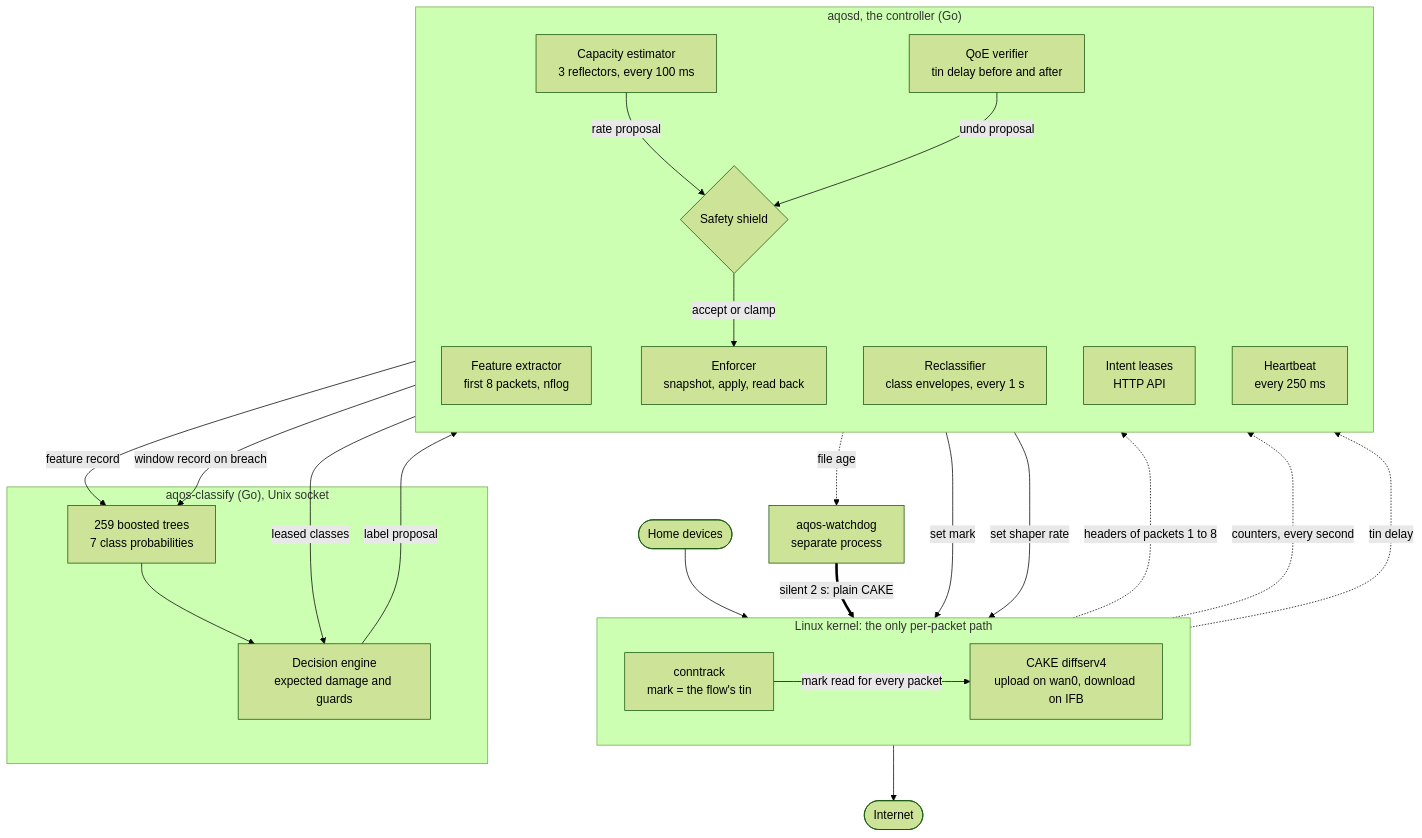
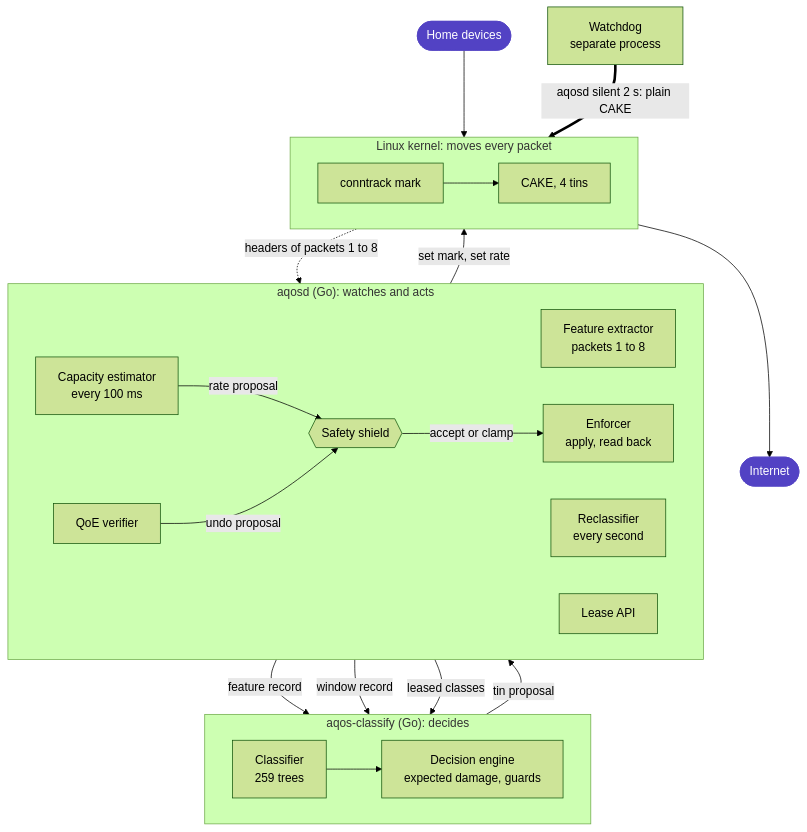
One commit to shreyashsri79/AQoSE-Adaptive-Quality-of-Service-Engine- changed the diagram in reports/paper/diagrams/architecture.mmd. Above: the diagram before and after it, drawn with Mermaid (forest theme). The commit also changed 21 other files, not shown here.

```diff
--- a/reports/paper/diagrams/architecture.mmd
+++ b/reports/paper/diagrams/architecture.mmd
@@ -1,41 +1,35 @@
 flowchart TB
-    LAN(["Home devices"])
-    WAN(["Internet"])
-    subgraph KERNEL["Linux kernel: the only per-packet path"]
+    DEV(["Home devices"])
+    subgraph SVC["aqos-classify (Go): decides"]
         direction LR
-        CT["conntrack<br/>mark = the flow's tin"]
-        CAKE["CAKE diffserv4<br/>upload on wan0, download on IFB"]
+        CLS["Classifier<br/>259 trees"] --> DEC["Decision engine<br/>expected damage, guards"]
     end
-    subgraph AQOSD["aqosd, the controller (Go)"]
-        direction TB
-        EXT["Feature extractor<br/>first 8 packets, nflog"]
-        REC["Reclassifier<br/>class envelopes, every 1 s"]
-        CAP["Capacity estimator<br/>3 reflectors, every 100 ms"]
-        INT["Intent leases<br/>HTTP API"]
-        VER["QoE verifier<br/>tin delay before and after"]
-        SH{"Safety shield"}
-        ENF["Enforcer<br/>snapshot, apply, read back"]
-        HB["Heartbeat<br/>every 250 ms"]
+    subgraph CTRL["aqosd (Go): watches and acts"]
+        direction LR
+        EXT["Feature extractor<br/>packets 1 to 8"]
+        REC["Reclassifier<br/>every second"]
+        INT["Lease API"]
+        CAP["Capacity estimator<br/>every 100 ms"]
+        VER["QoE verifier"]
+        SH{{"Safety shield"}}
+        ENF["Enforcer<br/>apply, read back"]
     end
-    subgraph SVC["aqos-classify (Go), Unix socket"]
-        CLS["259 boosted trees<br/>7 class probabilities"]
-        DEC["Decision engine<br/>expected damage and guards"]
+    subgraph KER["Linux kernel: moves every packet"]
+        direction LR
+        CT["conntrack mark"] --> CAKE["CAKE, 4 tins"]
     end
-    WD["aqos-watchdog<br/>separate process"]
-    LAN --> CAKE --> WAN
-    CT -->|"mark read for every packet"| CAKE
+    NET(["Internet"])
+    WD["Watchdog<br/>separate process"]
+    DEV --> CAKE --> NET
     CAKE -.->|"headers of packets 1 to 8"| EXT
-    CT -.->|"counters, every second"| REC
     EXT -->|"feature record"| CLS
-    REC -->|"window record on breach"| CLS
-    CLS --> DEC
+    REC -->|"window record"| CLS
     INT -->|"leased classes"| DEC
-    DEC -->|"label proposal"| SH
+    DEC -->|"tin proposal"| SH
     CAP -->|"rate proposal"| SH
     VER -->|"undo proposal"| SH
     SH -->|"accept or clamp"| ENF
-    ENF -->|"set mark"| CT
-    ENF -->|"set shaper rate"| CAKE
-    CAKE -.->|"tin delay"| VER
-    HB -.->|"file age"| WD
-    WD ==>|"silent 2 s: plain CAKE"| CAKE
+    ENF -->|"set mark, set rate"| CT
+    WD ==>|"aqosd silent 2 s: plain CAKE"| CAKE
+    classDef ends fill:#5242c4,stroke:#5242c4,color:#ffffff
+    class DEV,NET ends
```
